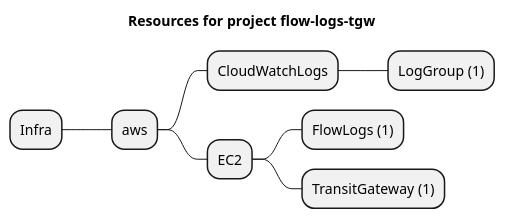
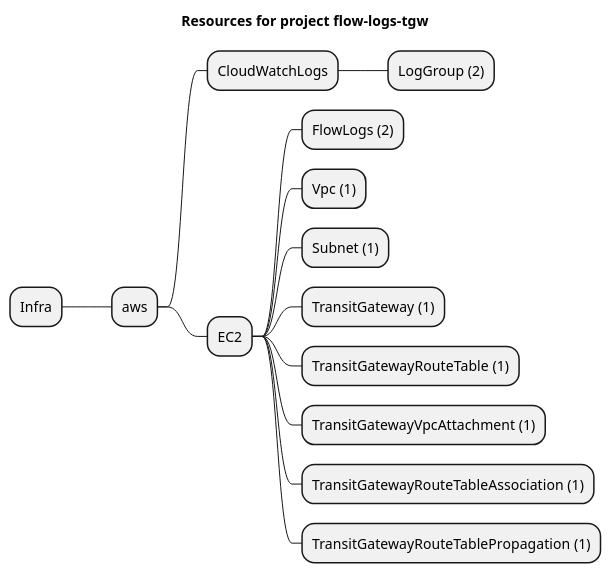
One commit to grucloud/grucloud changed the diagram in examples/aws/EC2/flow-logs/flow-logs-tgw/artifacts/resources-mindmap.puml. Above: the diagram before and after it, drawn with PlantUML. The commit also changed 104 other files, not shown here.

```diff
--- a/examples/aws/EC2/flow-logs/flow-logs-tgw/artifacts/resources-mindmap.puml
+++ b/examples/aws/EC2/flow-logs/flow-logs-tgw/artifacts/resources-mindmap.puml
@@ -1,11 +1,17 @@
 @startmindmap
 title Resources for project flow-logs-tgw
 skinparam monochrome true
 + Infra
 ++ aws
 +++ CloudWatchLogs
-++++ LogGroup (1)
+++++ LogGroup (2)
 +++ EC2
-++++ FlowLogs (1)
+++++ FlowLogs (2)
+++++ Vpc (1)
+++++ Subnet (1)
 ++++ TransitGateway (1)
+++++ TransitGatewayRouteTable (1)
+++++ TransitGatewayVpcAttachment (1)
+++++ TransitGatewayRouteTableAssociation (1)
+++++ TransitGatewayRouteTablePropagation (1)
 @endmindmap
```
